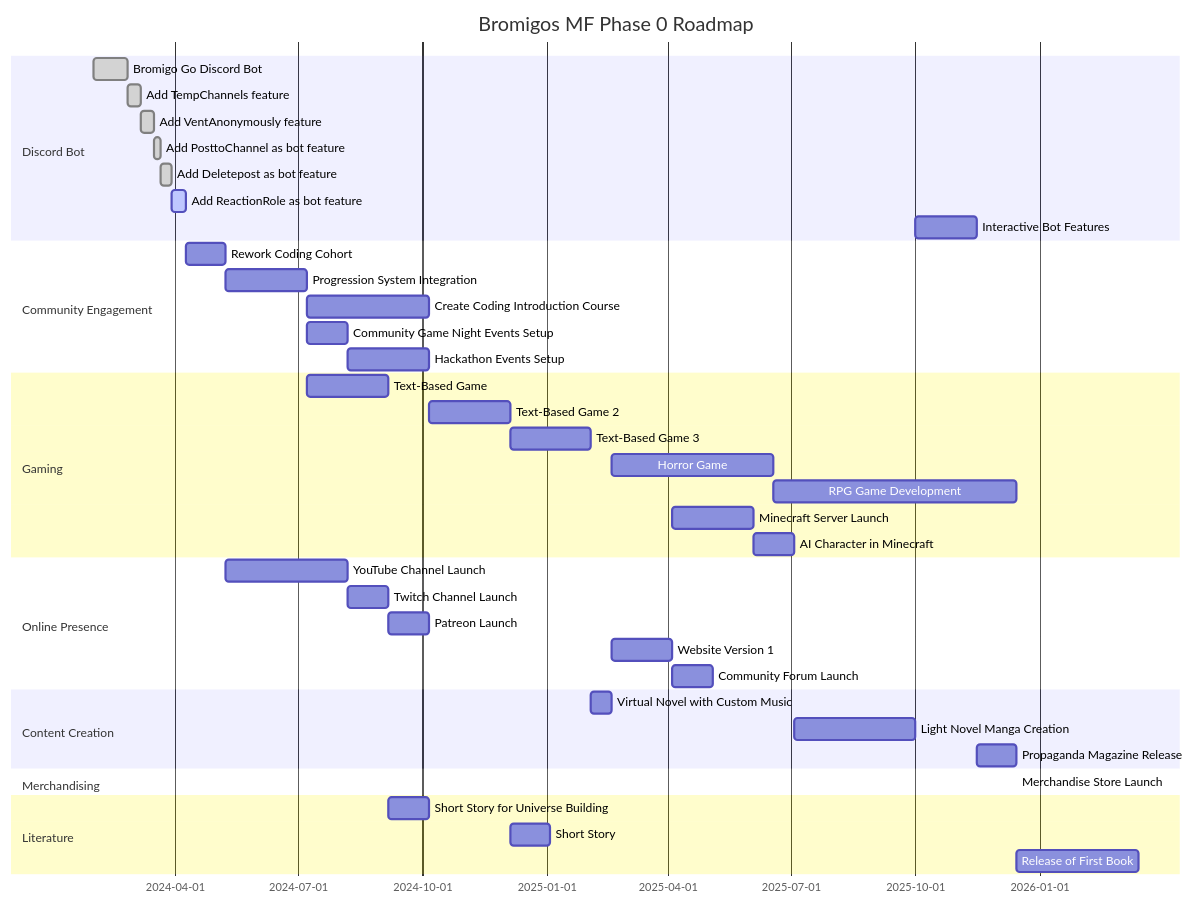
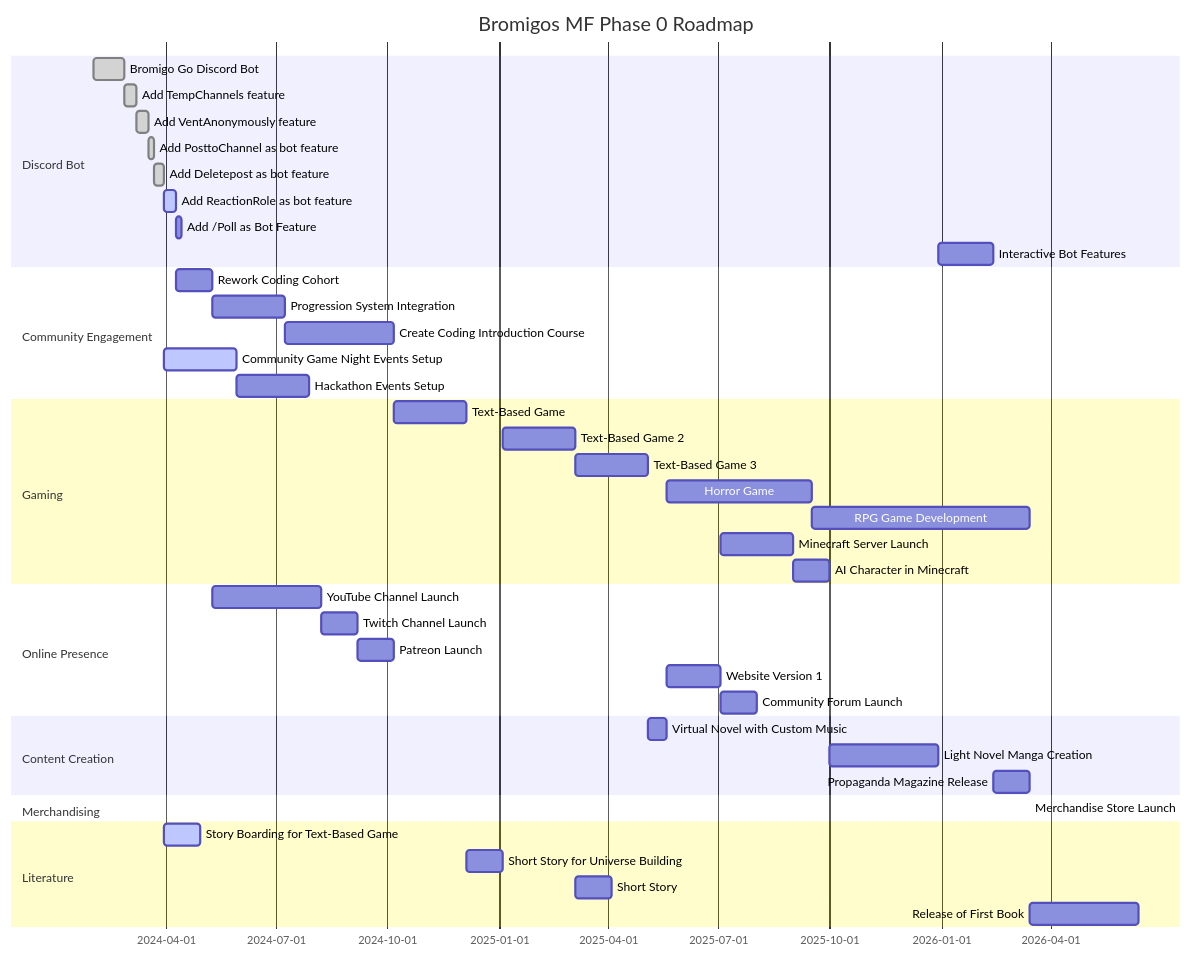
One commit to bromigos-org/.github changed the diagram in profile/README.md. Above: the diagram before and after it, drawn with Mermaid. The commit also changed other lines of this file, not shown here.

Commit message:
Updated: roadmap

````diff
--- a/profile/README.md
+++ b/profile/README.md
@@ -5,52 +5,54 @@
 ```mermaid
 gantt
     dateFormat  YYYY-MM-DD
     title Bromigos MF Phase 0 Roadmap
 
     section Discord Bot
     Bromigo Go Discord Bot        :done, bot1, 2024-02-01, 25d
     Add TempChannels feature     :done, vap1, after bot1, 10d
     Add VentAnonymously feature        :done, tcp1, after vap1, 10d
     Add PosttoChannel as bot feature       :done, ptc1, after tcp1, 5d
     Add Deletepost as bot feature        :done, dp1, after ptc1, 8d
     Add ReactionRole as bot feature      :active,        rr1, after dp1, 10d
+    Add /Poll as Bot Feature       :        poll1, after rr1, 5d
     Interactive Bot Features        :        ibf1, after manga1, 45d
 
     section Community Engagement
     Rework Coding Cohort          :        rcc1, after rr1, 30d
     Progression System Integration:        psi1, after rcc1, 60d
     Create Coding Introduction Course:      cic1, after psi1, 90d
-    Community Game Night Events Setup          :        cgn1, after psi1, 30d
+    Community Game Night Events Setup          :active,        cgn1, after dp1, 60d
     Hackathon Events Setup               :        hack1, after cgn1, 60d
 
     section Gaming
-    Text-Based Game                 :        tb1, after psi1, 60d
+    Text-Based Game                 :        tb1, after pat1, 60d
     Text-Based Game 2               :        tb2, after ss1, 60d
     Text-Based Game 3               :        tb3, after tb2, 60d
     Horror Game                     :        hg1, after vn1, 120d
     RPG Game Development            :        rpg1, after hg1, 180d
     Minecraft Server Launch         :        mc1, after web1, 60d
     AI Character in Minecraft       :        ai1, after mc1, 30d
 
     section Online Presence
     YouTube Channel Launch          :        yt1, after rcc1, 90d
     Twitch Channel Launch           :        twitch1, after yt1, 30d
     Patreon Launch                  :        pat1, after twitch1, 30d
     Website Version 1               :        web1, after vn1, 45d
     Community Forum Launch          :        cf1, after web1, 30d
 
     section Content Creation
     Virtual Novel with Custom Music :        vn1, after tb3, 15d
     Light Novel Manga Creation      :        manga1, after ai1, 90d
     Propaganda Magazine Release     :        pm1, after ibf1, 30d
 
     section Merchandising
     Merchandise Store Launch        :        merch1, after pm1, 60ds
 
     section Literature
+    Story Boarding for Text-Based Game  :active,        sb1, after dp1, 30d
     Short Story for Universe Building:      ss1, after tb1, 30d
     Short Story            :        ssc1, after tb2, 30d
     Release of First Book           :        book1, after rpg1, 90d
 
 
 ```
````
